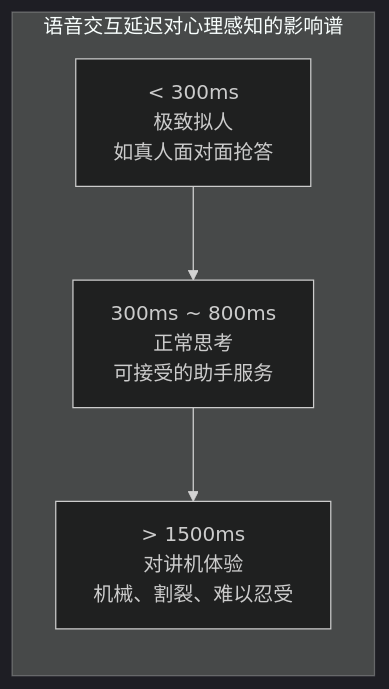
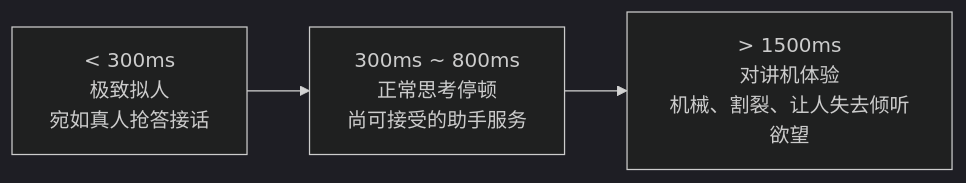
Before and after one commit to ljh12138164/ai-agent-study: the first of 3 diagrams in app/ch06-interaction/02-voice-agent-and-full-duplex/page.mdx, drawn with Mermaid (dark theme). The commit also changed other lines of this file and 43 other files, not shown here.

````diff
--- a/app/ch06-interaction/02-voice-agent-and-full-duplex/page.mdx
+++ b/app/ch06-interaction/02-voice-agent-and-full-duplex/page.mdx
@@ -16,7 +16,5 @@
 ```mermaid
-graph LR
-    subgraph LatencySpectrum["语音交互延迟对心理感知的影响谱"]
-        A["< 300ms<br/>极致拟人<br/>如真人面对面抢答"] --> B["300ms ~ 800ms<br/>正常思考<br/>可接受的助手服务"]
-        B --> C["> 1500ms<br/>对讲机体验<br/>机械、割裂、难以忍受"]
-    end
+flowchart LR
+    A["< 300ms<br/>极致拟人<br/>宛如真人抢答接话"] --> B["300ms ~ 800ms<br/>正常思考停顿<br/>尚可接受的助手服务"]
+    B --> C["> 1500ms<br/>对讲机体验<br/>机械、割裂、让人失去倾听欲望"]
 ```
````
